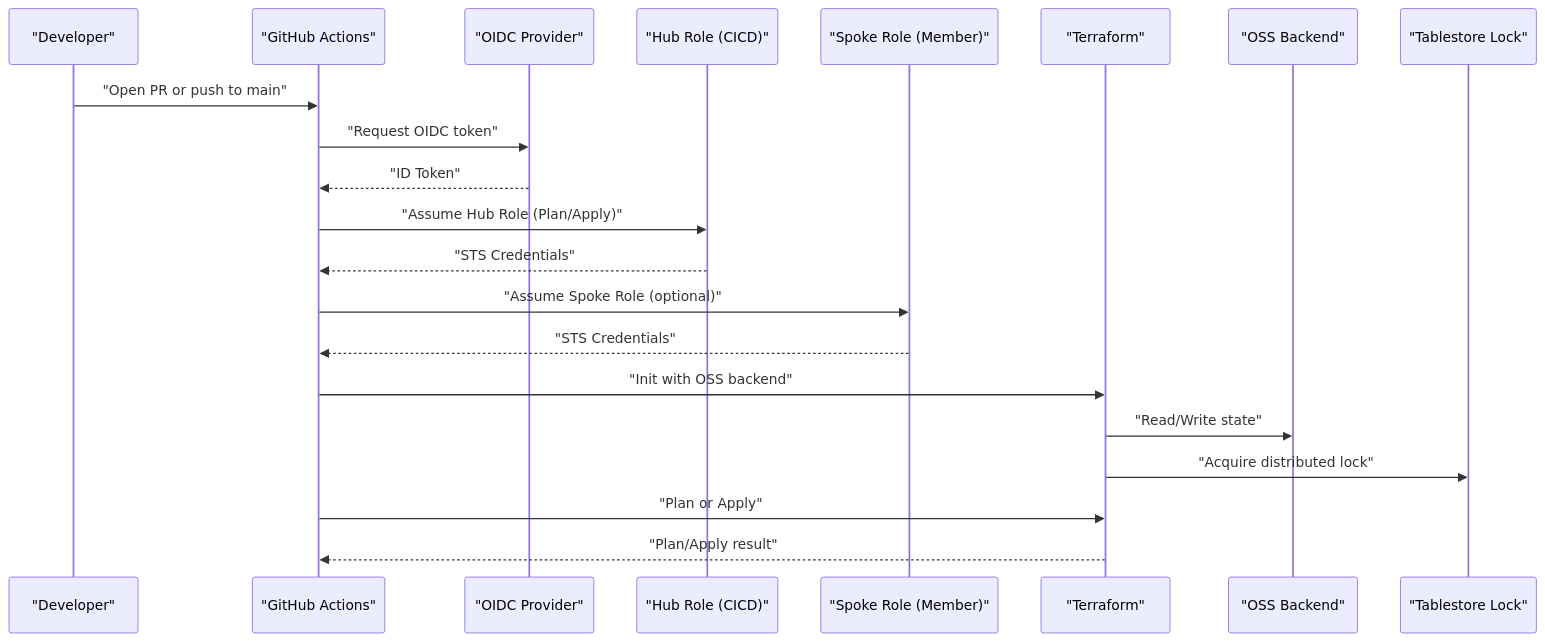
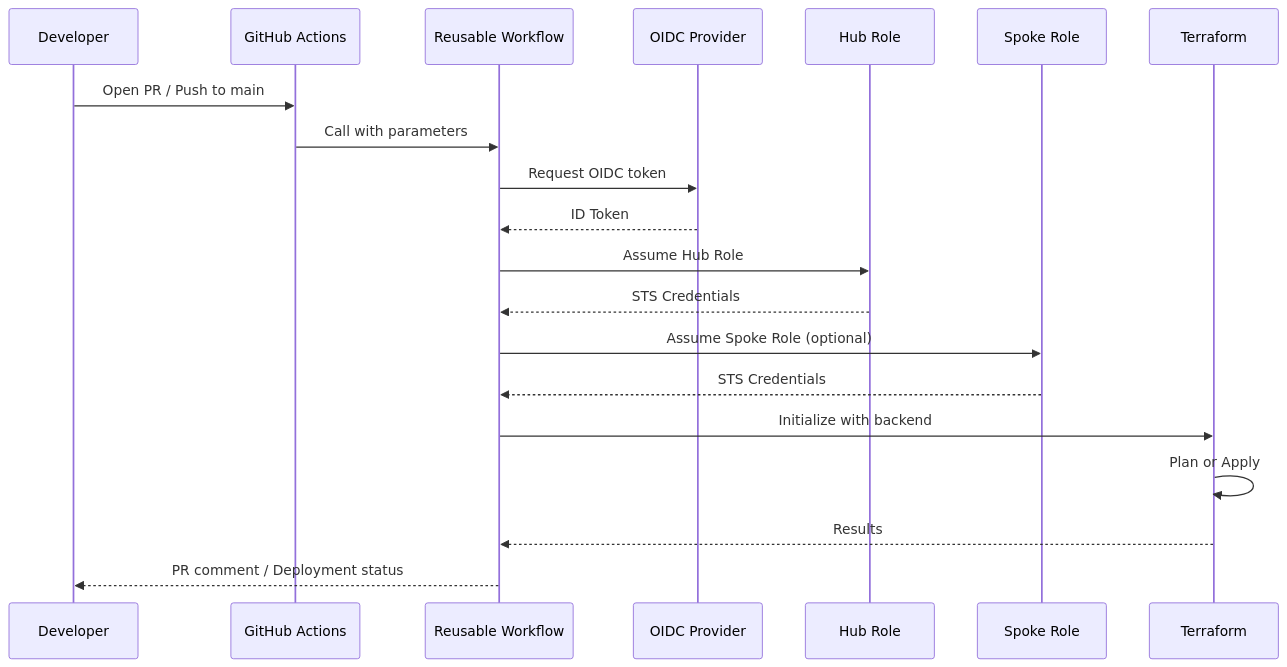
The second of 2 diagrams in .qoder/repowiki/en/content/Project Overview.md (AlibabaCloudLandingZone/alibabacloud-landingzone-accelerator-github-demo), drawn with Mermaid before and after one commit. The commit also changed other lines of this file and 104 other files, not shown here.

````diff
--- a/.qoder/repowiki/en/content/Project Overview.md
+++ b/.qoder/repowiki/en/content/Project Overview.md
@@ -228,23 +149,22 @@
 ```mermaid
 sequenceDiagram
-participant Dev as "Developer"
-participant GHA as "GitHub Actions"
-participant OIDC as "OIDC Provider"
-participant Hub as "Hub Role (CICD)"
-participant Spoke as "Spoke Role (Member)"
-participant TF as "Terraform"
-participant OSS as "OSS Backend"
-participant OTS as "Tablestore Lock"
-Dev->>GHA : "Open PR or push to main"
-GHA->>OIDC : "Request OIDC token"
-OIDC-->>GHA : "ID Token"
-GHA->>Hub : "Assume Hub Role (Plan/Apply)"
-Hub-->>GHA : "STS Credentials"
-GHA->>Spoke : "Assume Spoke Role (optional)"
-Spoke-->>GHA : "STS Credentials"
-GHA->>TF : "Init with OSS backend"
-TF->>OSS : "Read/Write state"
-TF->>OTS : "Acquire distributed lock"
-GHA->>TF : "Plan or Apply"
-TF-->>GHA : "Plan/Apply result"
+participant Dev as Developer
+participant GHA as GitHub Actions
+participant RW as Reusable Workflow
+participant OIDC as OIDC Provider
+participant Hub as Hub Role
+participant Spoke as Spoke Role
+participant TF as Terraform
+Dev->>GHA : Open PR / Push to main
+GHA->>RW : Call with parameters
+RW->>OIDC : Request OIDC token
+OIDC-->>RW : ID Token
+RW->>Hub : Assume Hub Role
+Hub-->>RW : STS Credentials
+RW->>Spoke : Assume Spoke Role (optional)
+Spoke-->>RW : STS Credentials
+RW->>TF : Initialize with backend
+TF->>TF : Plan or Apply
+TF-->>RW : Results
+RW-->>Dev : PR comment / Deployment status
 ```
````
